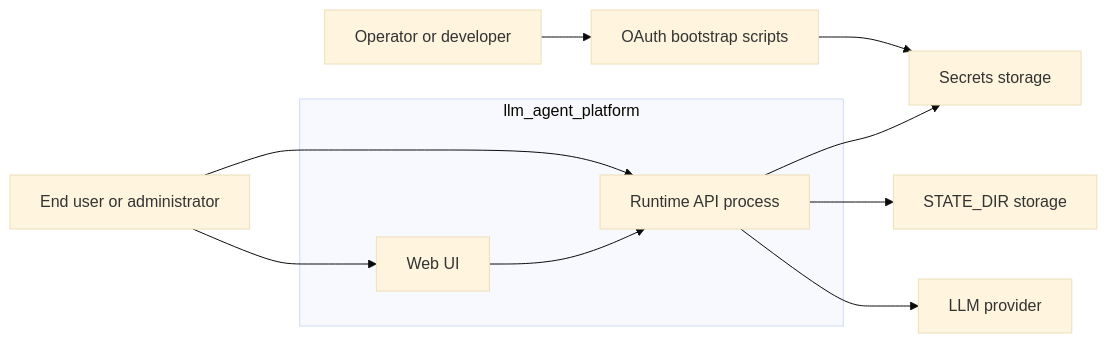
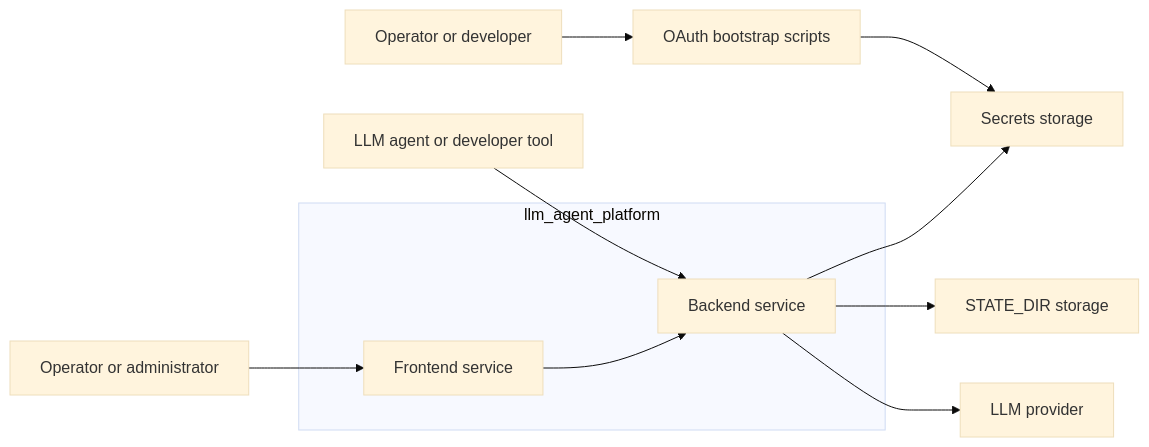
Before and after one commit to cyber-platform/llm_agent_platform: the diagram in docs/architecture/container-view.md, drawn with Mermaid (base theme). The commit also changed other lines of this file and 27 other files, not shown here.

````diff
--- a/docs/architecture/container-view.md
+++ b/docs/architecture/container-view.md
@@ -21,15 +23,15 @@
 ```mermaid
 flowchart LR
-  Client[End user or administrator] --> WebUI
+  Human[Operator or administrator] --> Frontend
+  Machine[LLM agent or developer tool] --> Backend
   BootstrapUser[Operator or developer] --> Bootstrap[OAuth bootstrap scripts]
   subgraph Platform[llm_agent_platform]
-    Runtime[Runtime API process]
-    WebUI[Web UI]
+    Frontend[Frontend service]
+    Backend[Backend service]
   end
-  Client --> Runtime
-  WebUI --> Runtime
+  Frontend --> Backend
   Bootstrap --> Secrets[Secrets storage]
-  Runtime --> Secrets
-  Runtime --> State[STATE_DIR storage]
-  Runtime --> Provider[LLM provider]
+  Backend --> Secrets
+  Backend --> State[STATE_DIR storage]
+  Backend --> Provider[LLM provider]
 ```
````
